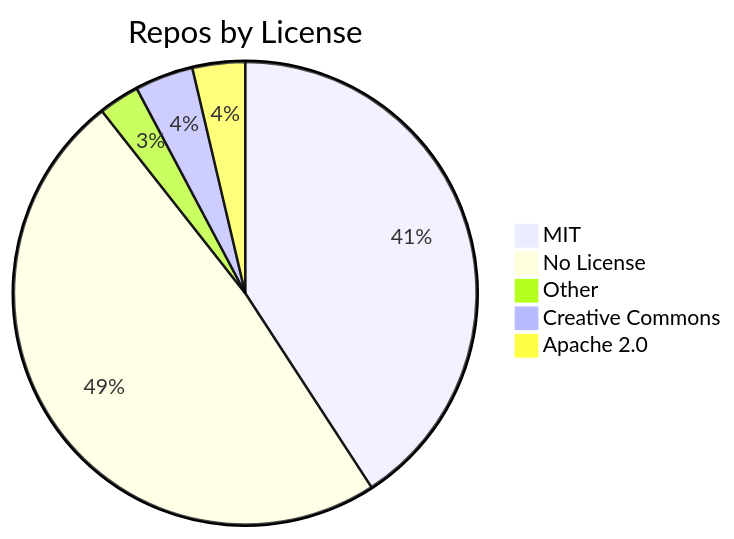
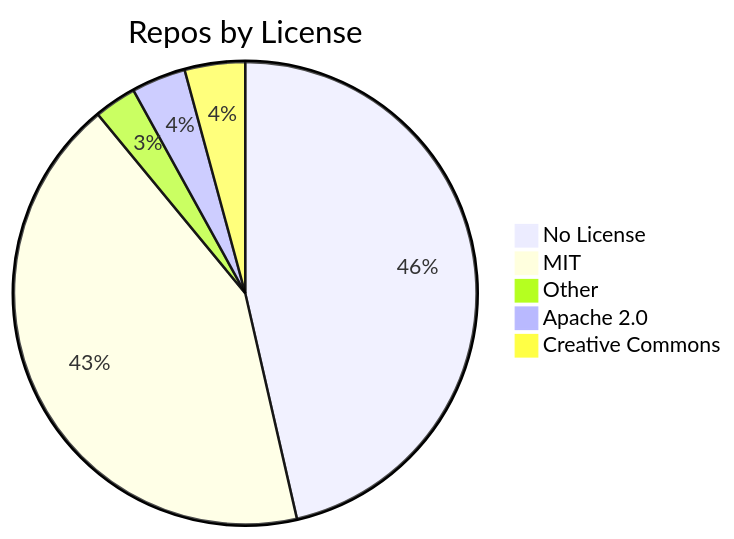
One commit to jpatterson933/awesome-mcp-server-index changed the diagram in README.md. Above: the diagram before and after it, drawn with Mermaid. The commit also changed other lines of this file and 3 other files, not shown here.

````diff
--- a/README.md
+++ b/README.md
@@ -29,8 +29,8 @@
 ```mermaid
 pie title Repos by License
-    "MIT" : 100
-    "No License" : 119
+    "No License" : 110
+    "MIT" : 101
     "Other" : 7
+    "Apache 2.0" : 9
     "Creative Commons" : 10
-    "Apache 2.0" : 9
 ```
````
